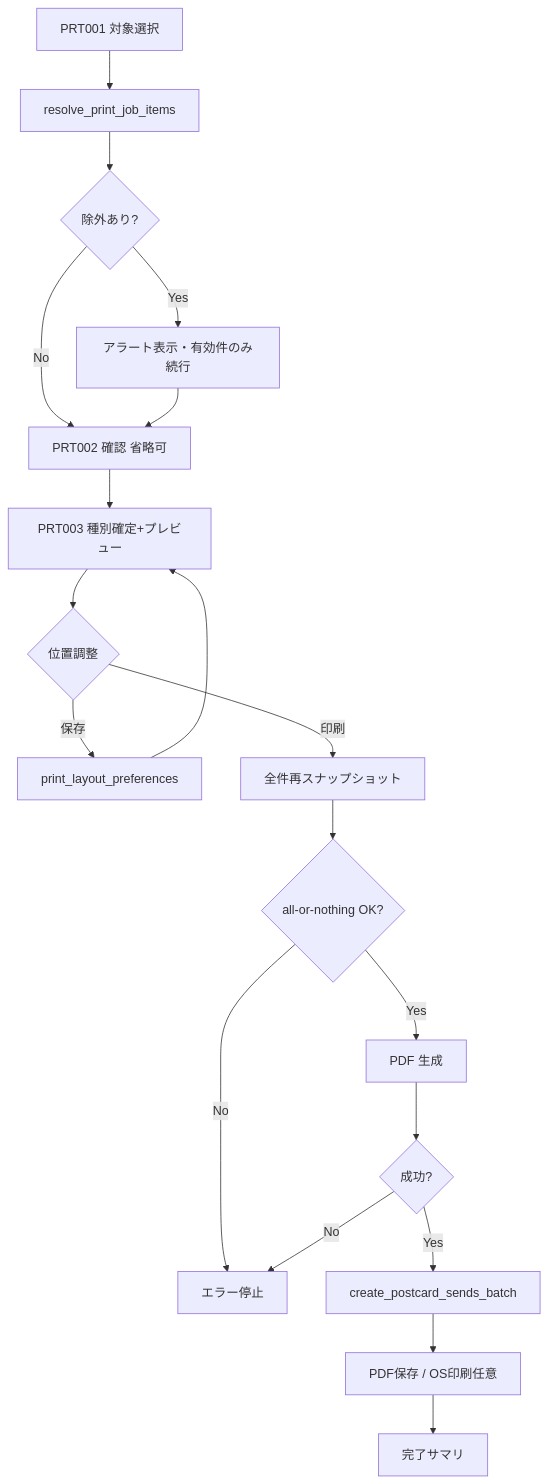
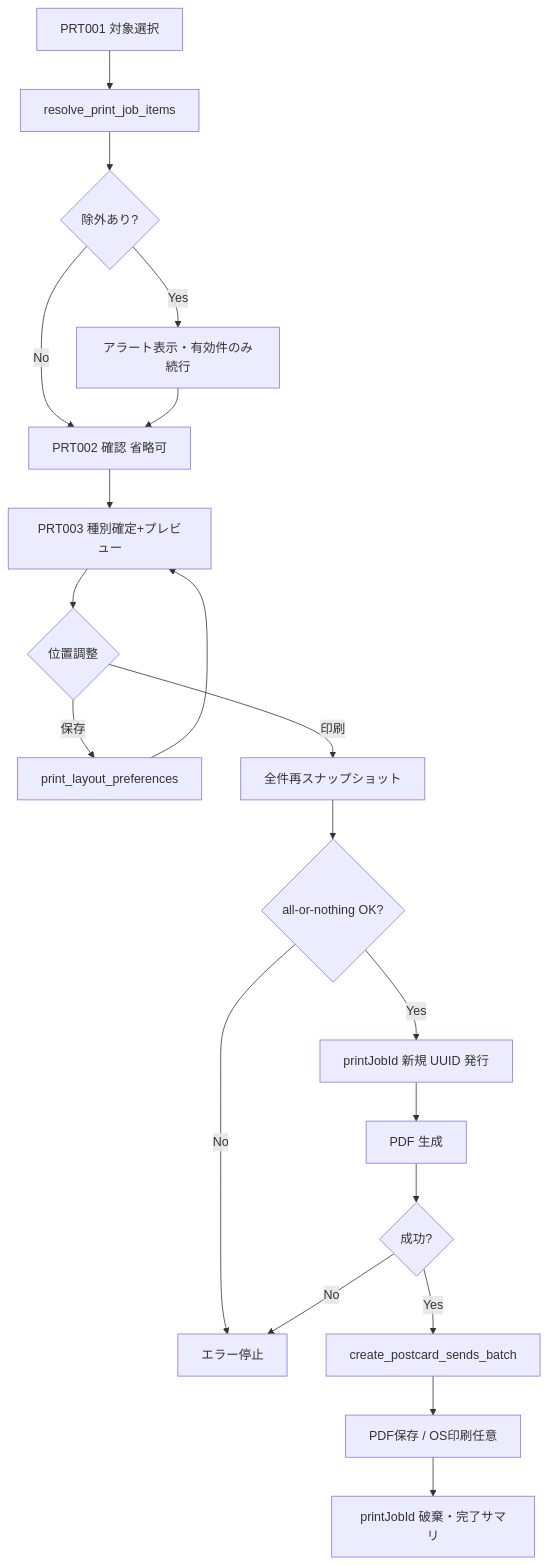
Before and after one commit to topea-3/craft-post-app: the diagram in docs/design/postcard-address-print-v1-design.md, drawn with Mermaid. The commit also changed other lines of this file and 2 other files, not shown here.

````diff
--- a/docs/design/postcard-address-print-v1-design.md
+++ b/docs/design/postcard-address-print-v1-design.md
@@ -325,21 +333,22 @@
 ```mermaid
 flowchart TD
   A[PRT001 対象選択] --> B[resolve_print_job_items]
   B --> C{除外あり?}
   C -->|Yes| D[アラート表示・有効件のみ続行]
   C -->|No| E[PRT002 確認 省略可]
   D --> E
   E --> F[PRT003 種別確定+プレビュー]
   F --> G{位置調整}
   G -->|保存| H[print_layout_preferences]
   H --> F
   G -->|印刷| I[全件再スナップショット]
   I --> J{all-or-nothing OK?}
   J -->|No| K[エラー停止]
-  J -->|Yes| L[PDF 生成]
-  L --> M{成功?}
-  M -->|Yes| N[create_postcard_sends_batch]
-  M -->|No| K
-  N --> O[PDF保存 / OS印刷任意]
-  O --> P[完了サマリ]
+  J -->|Yes| L[printJobId 新規 UUID 発行]
+  L --> M[PDF 生成]
+  M --> N{成功?}
+  N -->|Yes| O[create_postcard_sends_batch]
+  N -->|No| K
+  O --> P[PDF保存 / OS印刷任意]
+  P --> Q[printJobId 破棄・完了サマリ]
 ```
````
